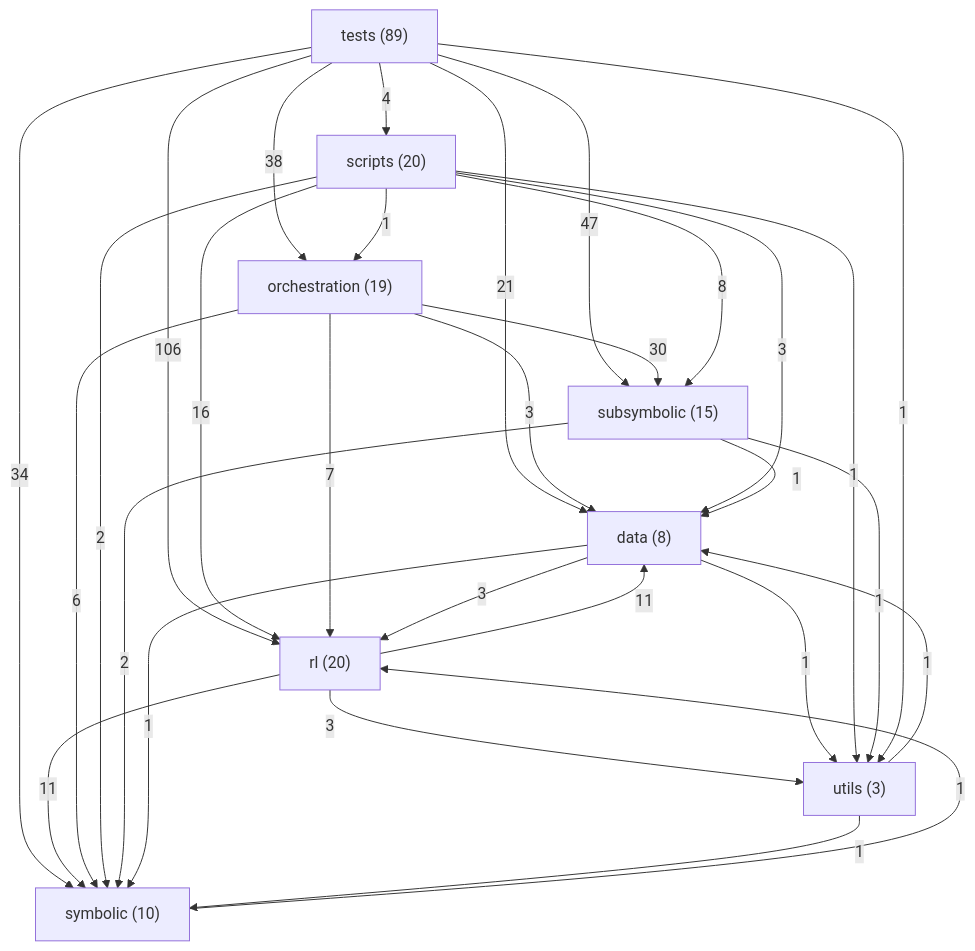
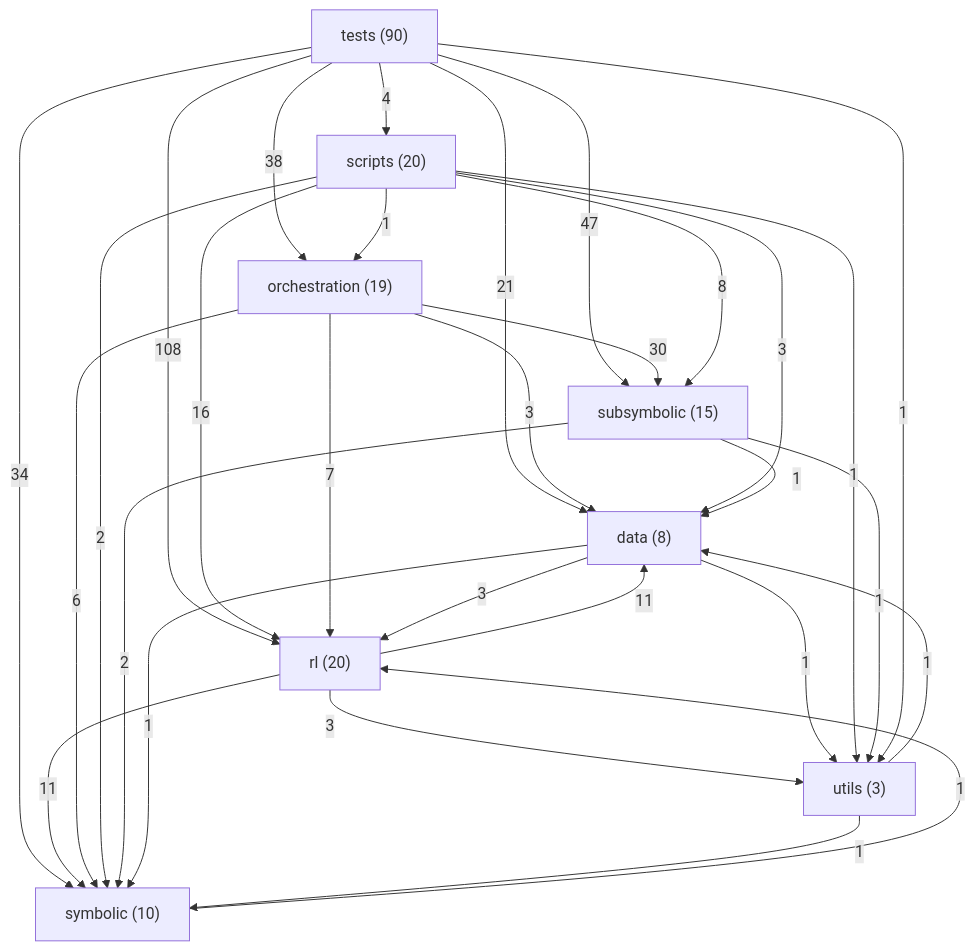
One commit to danrd/ARC-AGI changed the diagram in ARCHITECTURE.md. Above: the diagram before and after it, drawn with Mermaid. The commit also changed other lines of this file and 7 other files, not shown here.

````diff
--- a/ARCHITECTURE.md
+++ b/ARCHITECTURE.md
@@ -211,40 +211,40 @@
 ```mermaid
 graph TD
   data["data (8)"]
   orchestration["orchestration (19)"]
   rl["rl (20)"]
   scripts["scripts (20)"]
   subsymbolic["subsymbolic (15)"]
   symbolic["symbolic (10)"]
-  tests["tests (89)"]
+  tests["tests (90)"]
   utils["utils (3)"]
-  tests -->|106| rl
+  tests -->|108| rl
   tests -->|47| subsymbolic
   tests -->|38| orchestration
   tests -->|34| symbolic
   orchestration -->|30| subsymbolic
   tests -->|21| data
   scripts -->|16| rl
   rl -->|11| data
   rl -->|11| symbolic
   scripts -->|8| subsymbolic
   orchestration -->|7| rl
   orchestration -->|6| symbolic
   tests -->|4| scripts
   data -->|3| rl
   orchestration -->|3| data
   rl -->|3| utils
   scripts -->|3| data
   scripts -->|2| symbolic
   subsymbolic -->|2| symbolic
   data -->|1| symbolic
   data -->|1| utils
   scripts -->|1| orchestration
   scripts -->|1| utils
   subsymbolic -->|1| data
   subsymbolic -->|1| utils
   symbolic -->|1| rl
   tests -->|1| utils
   utils -->|1| data
   utils -->|1| symbolic
 ```
````
